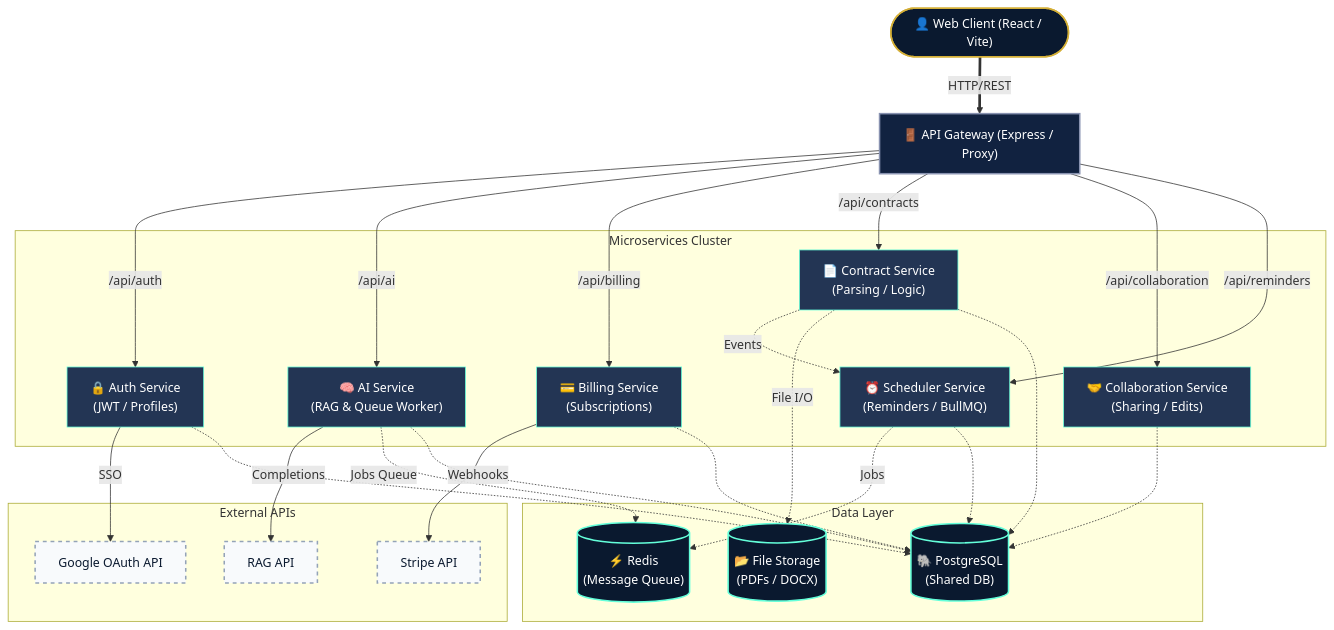
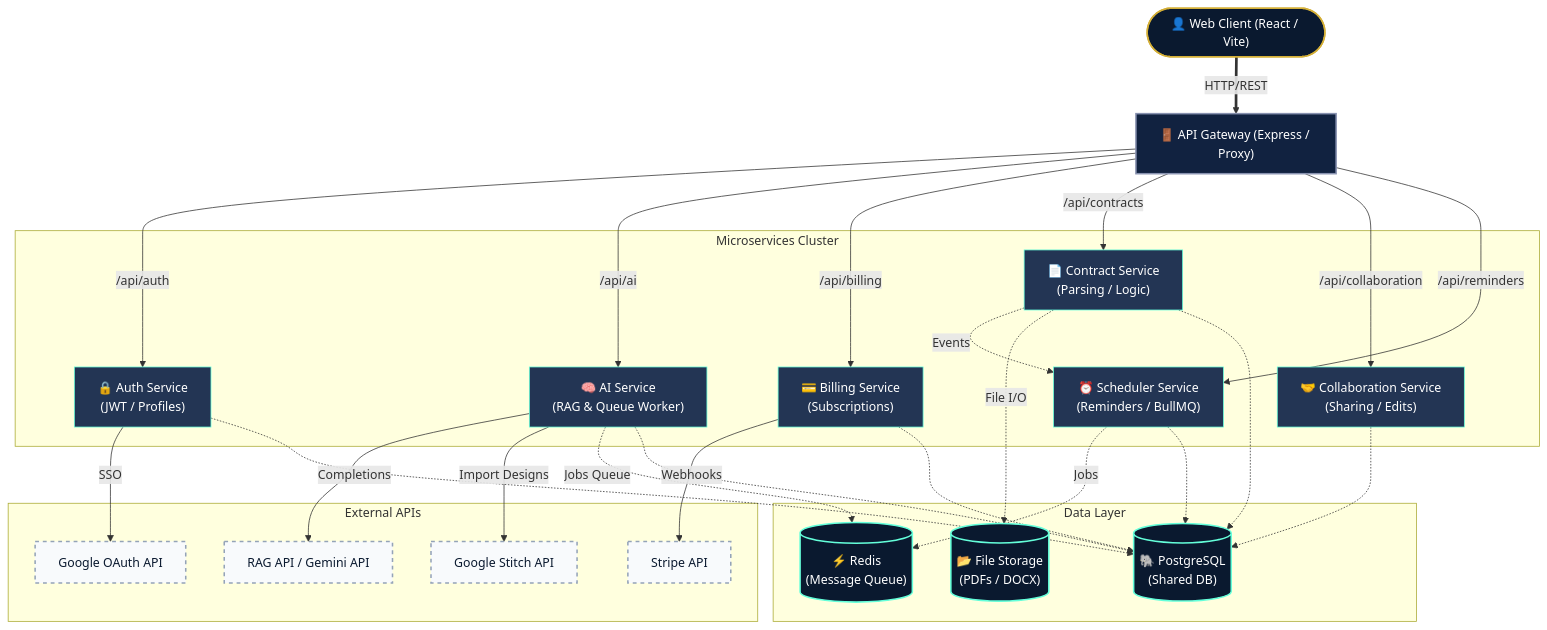
One commit to Sushrut-B/ClauseGuard- changed the diagram in README.md. Above: the diagram before and after it, drawn with Mermaid. The commit also changed other lines of this file, not shown here.

Commit message:
docs: update README with LangChain, Stitch SDK details and pnpm setup instructions

````diff
--- a/README.md
+++ b/README.md
@@ -27,66 +28,68 @@
 ```mermaid
 graph TD
     %% Styling Configuration
     classDef client fill:#0A192F,stroke:#d4af37,stroke-width:2px,color:#fff;
     classDef gateway fill:#112240,stroke:#8892B0,stroke-width:2px,color:#fff;
     classDef service fill:#233554,stroke:#64ffda,stroke-width:1px,color:#fff;
     classDef ext fill:#f8fafc,stroke:#94a3b8,stroke-width:2px,color:#0A192F,stroke-dasharray: 5 5;
     classDef db fill:#0A192F,stroke:#64ffda,stroke-width:2px,color:#fff;
 
     %% Client and Gateway
     User(["👤 Web Client (React / Vite)"]):::client
     Gateway["🚪 API Gateway (Express / Proxy)"]:::gateway
     
     User ==>|HTTP/REST| Gateway
 
     %% Microservices Layer
     subgraph Microservices Cluster
         Auth["🔒 Auth Service<br/>(JWT / Profiles)"]:::service
         AI["🧠 AI Service<br/>(RAG & Queue Worker)"]:::service
         Billing["💳 Billing Service<br/>(Subscriptions)"]:::service
         Contract["📄 Contract Service<br/>(Parsing / Logic)"]:::service
         Collab["🤝 Collaboration Service<br/>(Sharing / Edits)"]:::service
         Scheduler["⏰ Scheduler Service<br/>(Reminders / BullMQ)"]:::service
     end
     
     %% API Routing
     Gateway -->|/api/auth| Auth
     Gateway -->|/api/ai| AI
     Gateway -->|/api/billing| Billing
     Gateway -->|/api/contracts| Contract
     Gateway -->|/api/collaboration| Collab
     Gateway -->|/api/reminders| Scheduler
 
     %% External APIs Layer
     subgraph External APIs
         GoogleAuth["Google OAuth API"]:::ext
-        RAGAPI["RAG API"]:::ext
+        RAGAPI["RAG API / Gemini API"]:::ext
         StripeAPI["Stripe API"]:::ext
+        StitchAPI["Google Stitch API"]:::ext
     end
 
     %% External Integrations
     Auth -->|SSO| GoogleAuth
     AI -->|Completions| RAGAPI
+    AI -->|Import Designs| StitchAPI
     Billing -->|Webhooks| StripeAPI
 
     %% Data Layer
     subgraph Data Layer
         DB[("🐘 PostgreSQL<br/>(Shared DB)")]:::db
         Redis[("⚡ Redis<br/>(Message Queue)")]:::db
         Storage[("📂 File Storage<br/>(PDFs / DOCX)")]:::db
     end
     
     %% Internal Service Logic
     Contract -.->|Events| Scheduler
     Contract -.->|File I/O| Storage
     Scheduler -.->|Jobs| Redis
     AI -.->|Jobs Queue| Redis
 
     %% Database Connections (Dotted lines for cleaner layout)
     Auth -.-> DB
     AI -.-> DB
     Billing -.-> DB
     Contract -.-> DB
     Collab -.-> DB
     Scheduler -.-> DB
 ```
````
